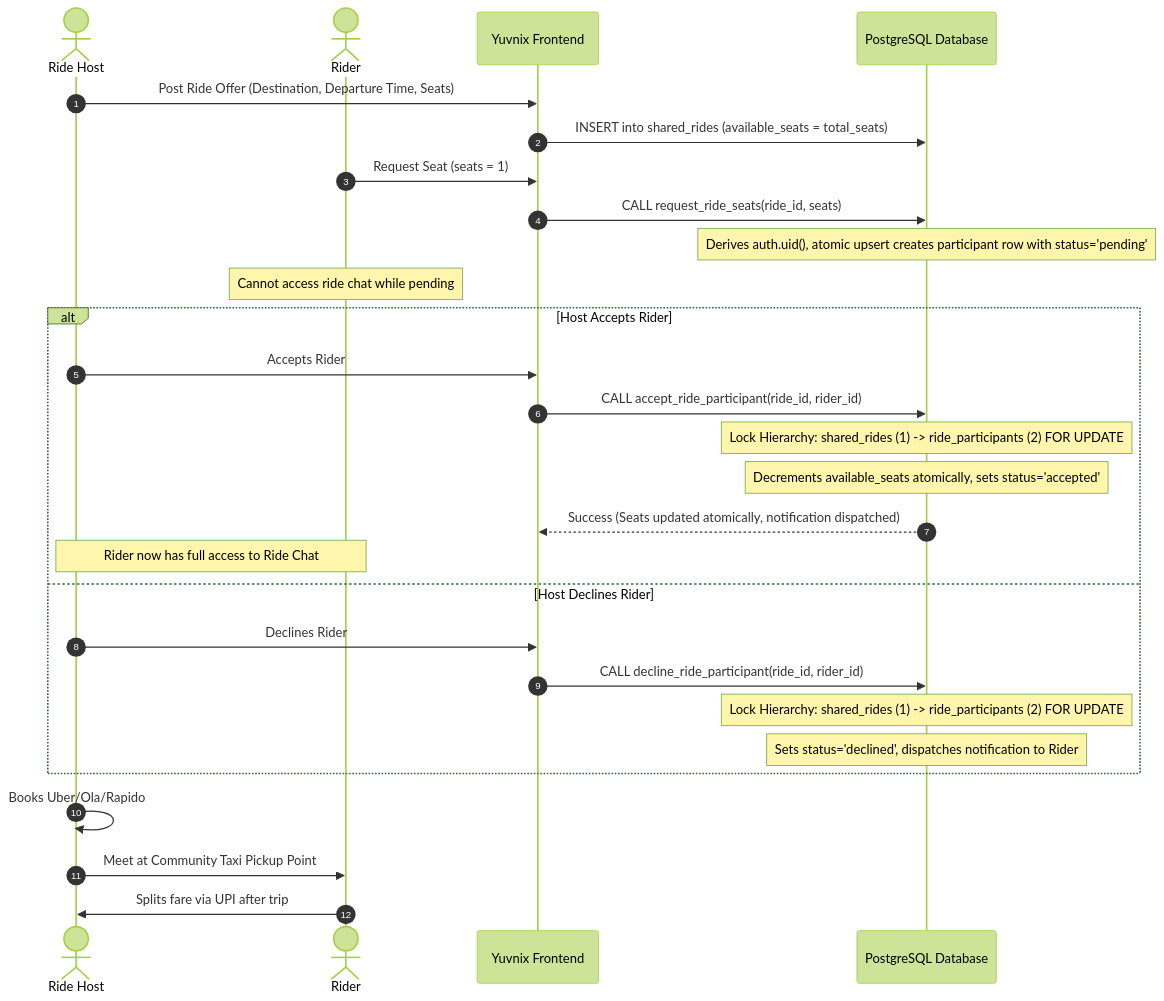
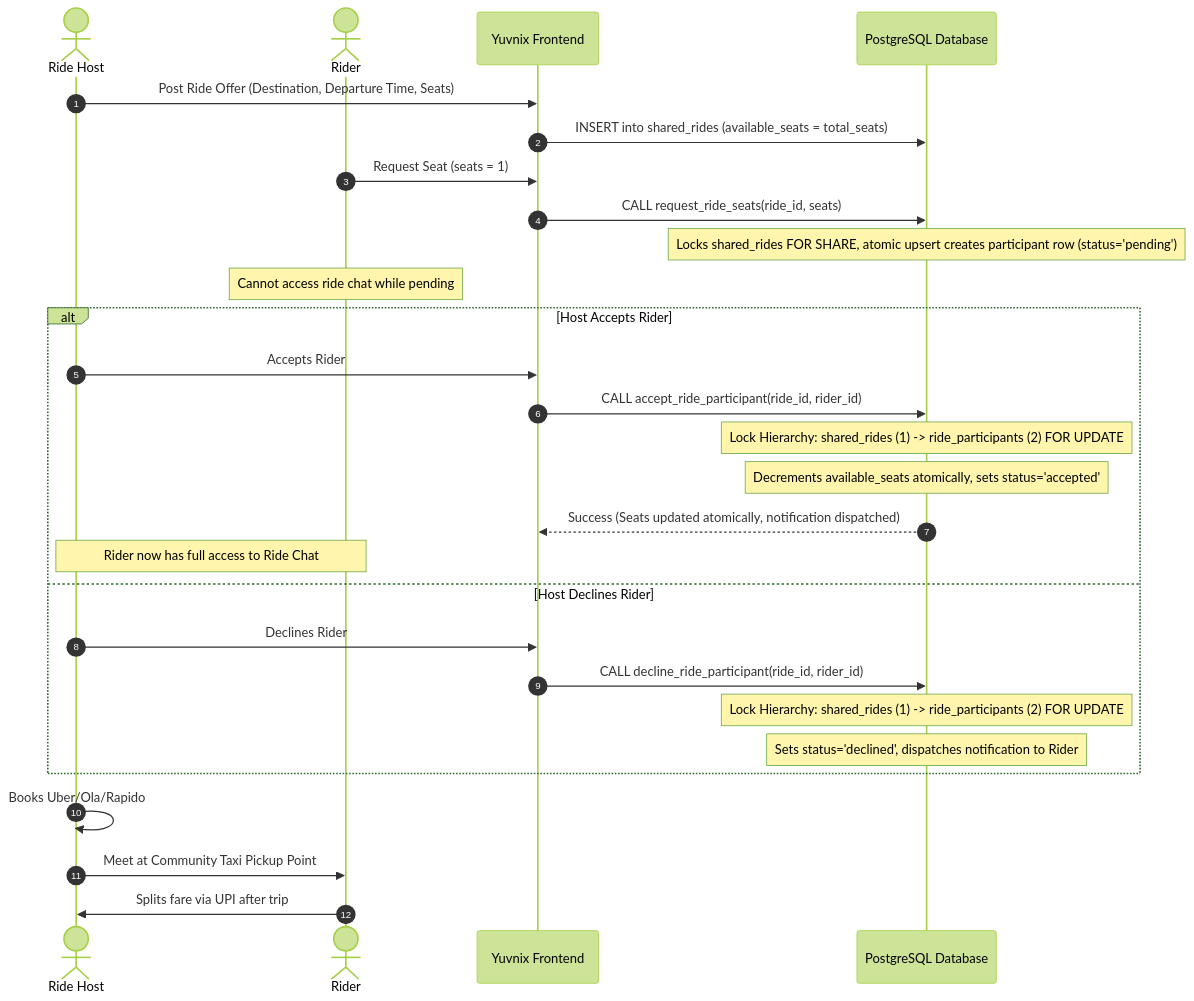
One commit to savanmalani12-sketch/Yuvnix changed the third of 3 diagrams in docs/PRODUCT_SPEC.md. Above: the diagram before and after it, drawn with Mermaid (forest theme). The commit also changed other lines of this file and 1 other file, not shown here.

Commit message:
docs(architecture): apply v3.2 final concurrency corrections and privilege audit

````diff
--- a/docs/PRODUCT_SPEC.md
+++ b/docs/PRODUCT_SPEC.md
@@ -160,31 +160,31 @@
 ```mermaid
 sequenceDiagram
     autonumber
     actor Host as Ride Host
     actor Rider as Rider
     participant App as Yuvnix Frontend
     participant DB as PostgreSQL Database
     
     Host->>App: Post Ride Offer (Destination, Departure Time, Seats)
     App->>DB: INSERT into shared_rides (available_seats = total_seats)
     Rider->>App: Request Seat (seats = 1)
     App->>DB: CALL request_ride_seats(ride_id, seats)
-    Note over DB: Derives auth.uid(), atomic upsert creates participant row with status='pending'
+    Note over DB: Locks shared_rides FOR SHARE, atomic upsert creates participant row (status='pending')
     Note over Rider: Cannot access ride chat while pending
     alt Host Accepts Rider
         Host->>App: Accepts Rider
         App->>DB: CALL accept_ride_participant(ride_id, rider_id)
         Note over DB: Lock Hierarchy: shared_rides (1) -> ride_participants (2) FOR UPDATE
         Note over DB: Decrements available_seats atomically, sets status='accepted'
         DB-->>App: Success (Seats updated atomically, notification dispatched)
         Note over Host,Rider: Rider now has full access to Ride Chat
     else Host Declines Rider
         Host->>App: Declines Rider
         App->>DB: CALL decline_ride_participant(ride_id, rider_id)
         Note over DB: Lock Hierarchy: shared_rides (1) -> ride_participants (2) FOR UPDATE
         Note over DB: Sets status='declined', dispatches notification to Rider
     end
     Host->>Host: Books Uber/Ola/Rapido
     Host->>Rider: Meet at Community Taxi Pickup Point
     Rider->>Host: Splits fare via UPI after trip
 ```
````
